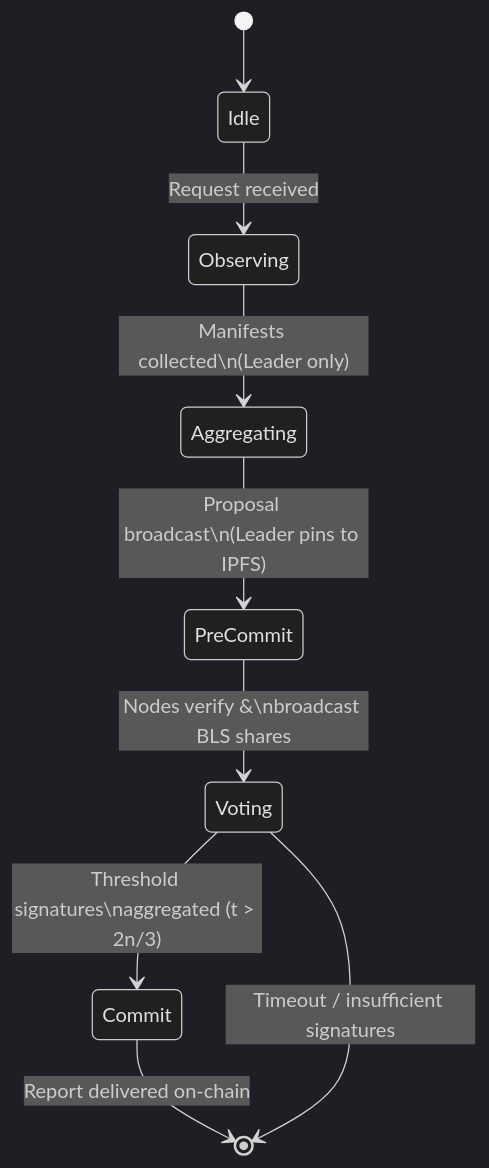
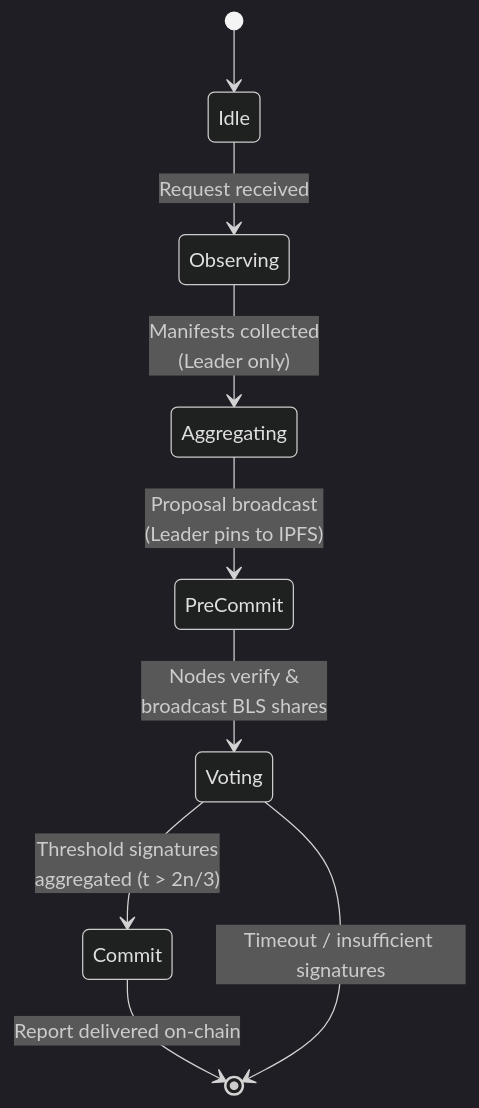
The third of 12 diagrams in docs/architecture.md (Hubble-Labs/iris), drawn with Mermaid (dark theme) before and after one commit. The commit also changed other lines of this file, not shown here.

Commit message:
docs: add architecture overview document for Iris Protocol

````diff
--- a/docs/architecture.md
+++ b/docs/architecture.md
@@ -91,11 +122,11 @@
 ```mermaid
 stateDiagram-v2
     [*] --> Idle
     Idle --> Observing : Request received
-    Observing --> Aggregating : Manifests collected\n(Leader only)
-    Aggregating --> PreCommit : Proposal broadcast\n(Leader pins to IPFS)
-    PreCommit --> Voting : Nodes verify &\nbroadcast BLS shares
-    Voting --> Commit : Threshold signatures\naggregated (t > 2n/3)
+    Observing --> Aggregating : Manifests collected<br/>(Leader only)
+    Aggregating --> PreCommit : Proposal broadcast<br/>(Leader pins to IPFS)
+    PreCommit --> Voting : Nodes verify &<br/>broadcast BLS shares
+    Voting --> Commit : Threshold signatures<br/>aggregated (t > 2n/3)
     Commit --> [*] : Report delivered on-chain
     Voting --> [*] : Timeout / insufficient signatures
 ```
````
